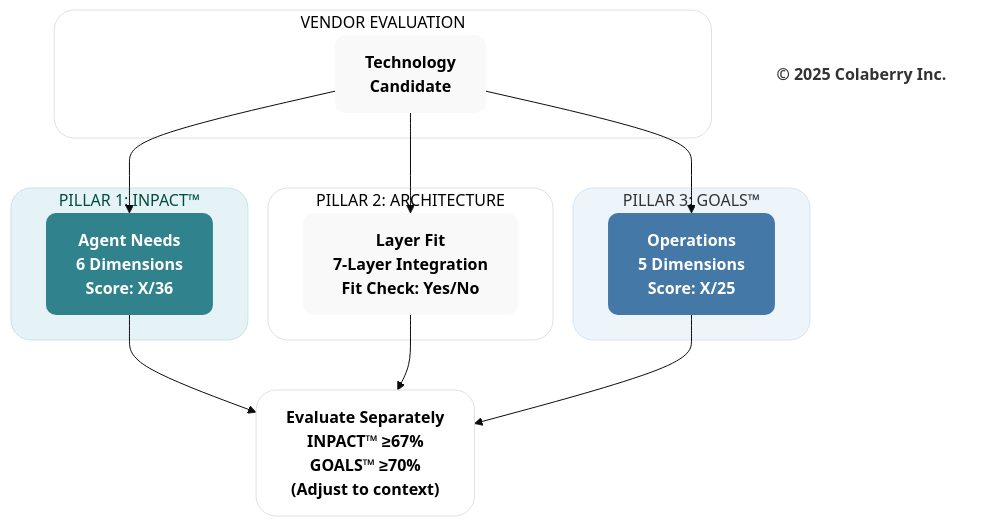
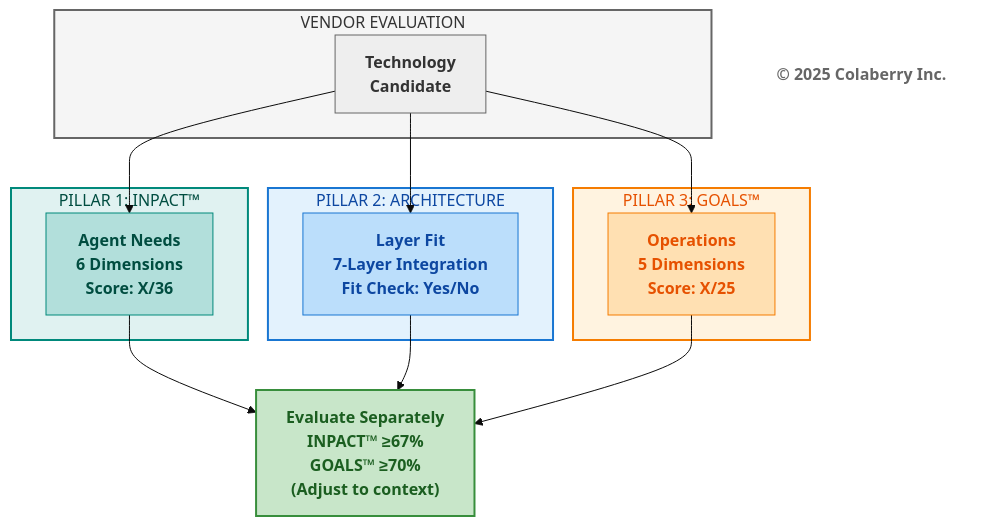
Before and after one commit to saitejesh-cyber/trust-before-intelligence-book: the second of 5 diagrams in manuscript/12_chapter_11_technology_selection_guide.md, drawn with Mermaid (base theme). The commit also changed other lines of this file and 12 other files, not shown here.

Commit message:
Restore legacy Mermaid styles for Option 1

````diff
--- a/manuscript/12_chapter_11_technology_selection_guide.md
+++ b/manuscript/12_chapter_11_technology_selection_guide.md
@@ -104,39 +104,39 @@
 ```mermaid
 graph TD
     subgraph VENDOR["VENDOR EVALUATION"]
         V["<b>Technology<br/>Candidate</b>"]
     end
     
     subgraph PILLAR1["PILLAR 1: INPACT™"]
         P1["<b>Agent Needs</b><br/><b>6 Dimensions</b><br/><b>Score: X/36</b>"]
     end
     
     subgraph PILLAR2["PILLAR 2: ARCHITECTURE"]
         P2["<b>Layer Fit</b><br/><b>7-Layer Integration</b><br/><b>Fit Check: Yes/No</b>"]
     end
     
     subgraph PILLAR3["PILLAR 3: GOALS™"]
         P3["<b>Operations</b><br/><b>5 Dimensions</b><br/><b>Score: X/25</b>"]
     end
     
     V --> P1
     V --> P2
     V --> P3
     
     P1 --> EVAL["<b>Evaluate Separately</b><br/><b>INPACT™ ≥67%</b><br/><b>GOALS™ ≥70%</b><br/><b>(Adjust to context)</b>"]
     P2 --> EVAL
     P3 --> EVAL
     
     Copyright["<b>© 2025 Colaberry Inc.</b>"]
     
-    style VENDOR fill:#ffffff,stroke:#e0e0e0,stroke-width:1px,color:#000000,rx:20,ry:20
-    style PILLAR1 fill:#e6f3f6,stroke:#c7e3ea,stroke-width:1px,color:#004d40,rx:20,ry:20
-    style PILLAR2 fill:#ffffff,stroke:#e0e0e0,stroke-width:1px,color:#000000,rx:20,ry:20
-    style PILLAR3 fill:#edf4fa,stroke:#d6e4f2,stroke-width:1px,color:#333333,rx:20,ry:20
-    style V fill:#f9f9f9,stroke:none,color:#000000,rx:10,ry:10
-    style P1 fill:#30838C,stroke:none,color:#ffffff,rx:10,ry:10
-    style P2 fill:#f9f9f9,stroke:none,color:#000000,rx:10,ry:10
-    style P3 fill:#4478A6,stroke:none,color:#ffffff,rx:10,ry:10
-    style EVAL fill:#ffffff,stroke:#e0e0e0,stroke-width:1px,color:#000000,rx:20,ry:20
-    style Copyright fill:none,stroke:none,color:#333333
+    style VENDOR fill:#f5f5f5,stroke:#666666,stroke-width:2px,color:#333333
+    style PILLAR1 fill:#e0f2f1,stroke:#00897b,stroke-width:2px,color:#004d40
+    style PILLAR2 fill:#e3f2fd,stroke:#1976d2,stroke-width:2px,color:#0d47a1
+    style PILLAR3 fill:#fff3e0,stroke:#f57c00,stroke-width:2px,color:#e65100
+    style V fill:#eeeeee,stroke:#666666,color:#333333
+    style P1 fill:#b2dfdb,stroke:#00897b,color:#004d40
+    style P2 fill:#bbdefb,stroke:#1976d2,color:#0d47a1
+    style P3 fill:#ffe0b2,stroke:#f57c00,color:#e65100
+    style EVAL fill:#c8e6c9,stroke:#388e3c,stroke-width:2px,color:#1b5e20
+    style Copyright fill:#ffffff,stroke:none,color:#666666
 ```
````
